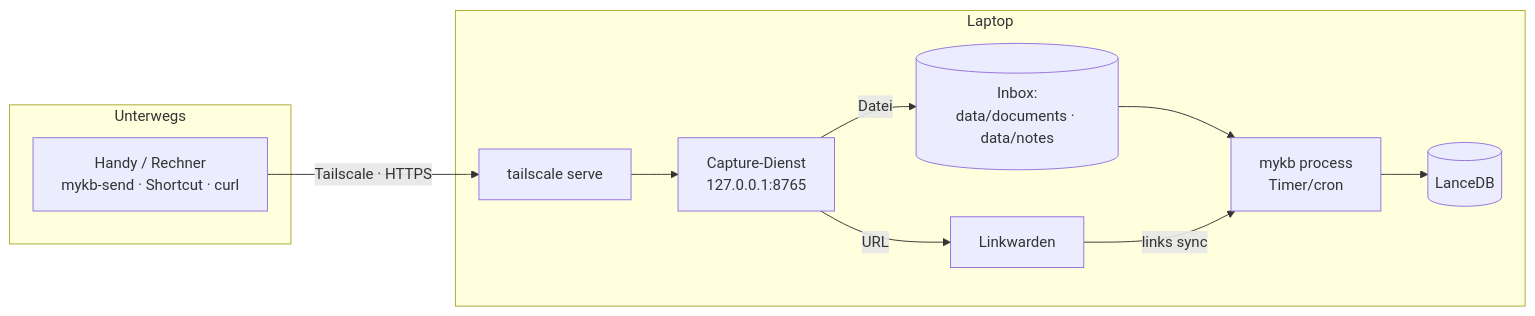
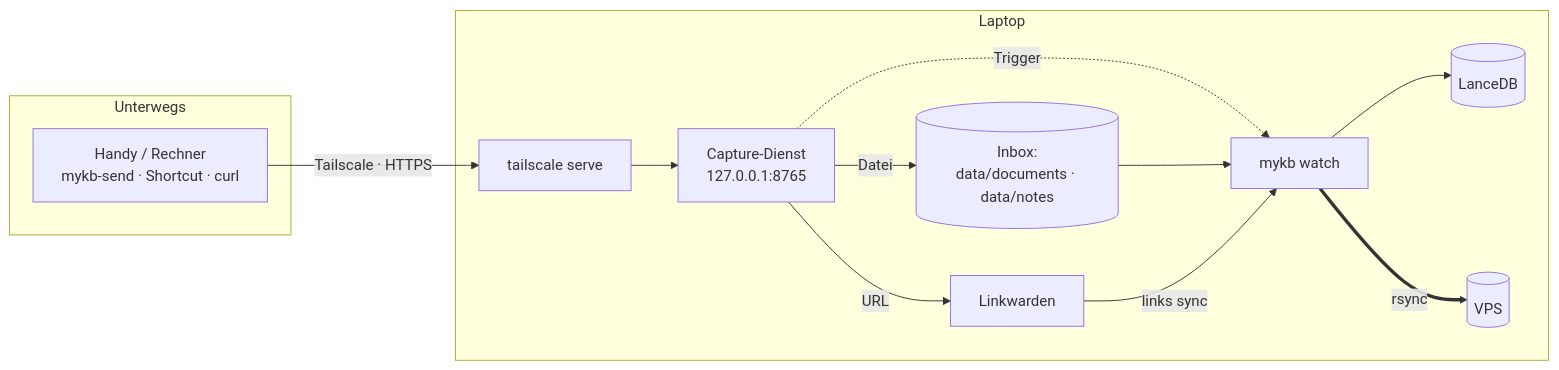
One commit to kaijen/mykb changed the diagram in docs/capture.md. Above: the diagram before and after it, drawn with Mermaid. The commit also changed other lines of this file and 11 other files, not shown here.

First line of the commit message:
Ereignisgesteuerte Verarbeitung: Capture-Trigger + mykb watch (#5)

````diff
--- a/docs/capture.md
+++ b/docs/capture.md
@@ -8,15 +10,17 @@
 ```mermaid
 flowchart LR
     subgraph Unterwegs
         PH[Handy / Rechner<br/>mykb-send · Shortcut · curl]
     end
     PH -->|Tailscale · HTTPS| TSS[tailscale serve]
     subgraph Laptop
         TSS --> CAP[Capture-Dienst<br/>127.0.0.1:8765]
         CAP -->|Datei| INB[(Inbox:<br/>data/documents · data/notes)]
         CAP -->|URL| LW[Linkwarden]
-        INB --> PROC[mykb process<br/>Timer/cron]
-        LW -->|links sync| PROC
-        PROC --> DB[(LanceDB)]
+        CAP -.Trigger.-> W[mykb watch]
+        INB --> W
+        LW -->|links sync| W
+        W --> DB[(LanceDB)]
+        W ==>|rsync| VPS[(VPS)]
     end
 ```
````
